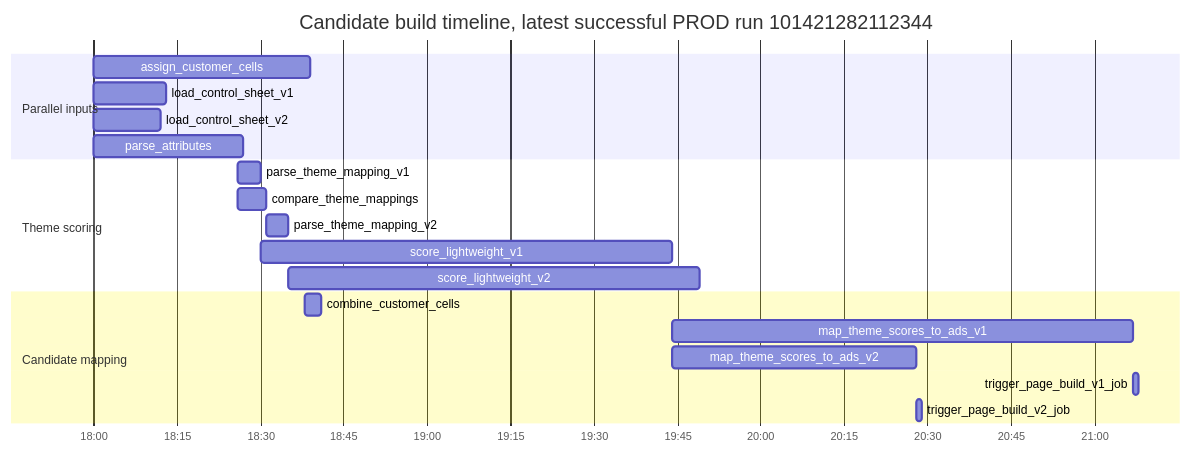
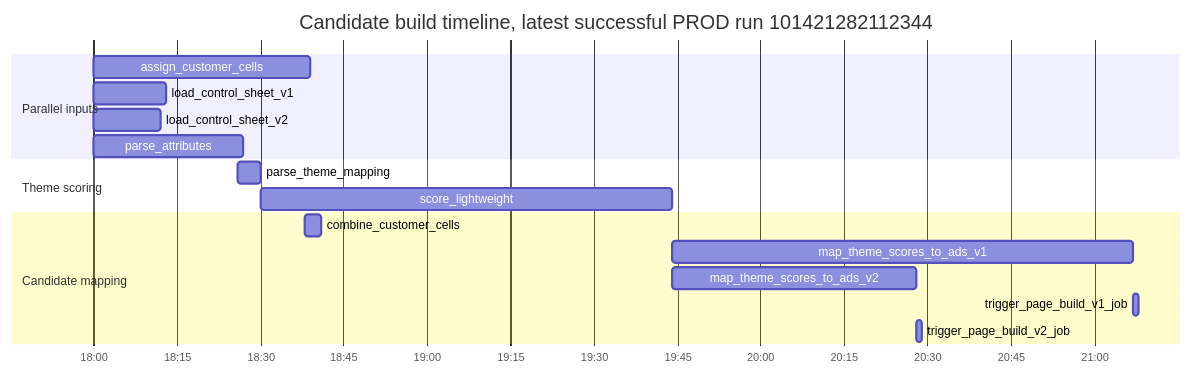
Before and after one commit to swblain-glyndwr/personal_project: the third of 8 diagrams in docs/CICD/nextads_databricks_runtime_map.md, drawn with Mermaid. The commit also changed other lines of this file and 28 other files, not shown here.

Commit message:
Align v2 mapping with shared theme affinity

````diff
--- a/docs/CICD/nextads_databricks_runtime_map.md
+++ b/docs/CICD/nextads_databricks_runtime_map.md
@@ -101,23 +94,20 @@
 ```mermaid
 gantt
   title Candidate build timeline, latest successful PROD run 101421282112344
   dateFormat  YYYY-MM-DD HH:mm
   axisFormat  %H:%M
   section Parallel inputs
   assign_customer_cells      :2026-07-02 18:00, 39m
   load_control_sheet_v1      :2026-07-02 18:00, 13m
   load_control_sheet_v2      :2026-07-02 18:00, 12m
   parse_attributes           :2026-07-02 18:00, 27m
   section Theme scoring
-  parse_theme_mapping_v1     :2026-07-02 18:26, 4m
-  compare_theme_mappings     :2026-07-02 18:26, 5m
-  parse_theme_mapping_v2     :2026-07-02 18:31, 4m
-  score_lightweight_v1       :2026-07-02 18:30, 74m
-  score_lightweight_v2       :2026-07-02 18:35, 74m
+  parse_theme_mapping        :2026-07-02 18:26, 4m
+  score_lightweight          :2026-07-02 18:30, 74m
   section Candidate mapping
   combine_customer_cells     :2026-07-02 18:38, 3m
   map_theme_scores_to_ads_v1 :2026-07-02 19:44, 83m
   map_theme_scores_to_ads_v2 :2026-07-02 19:44, 44m
   trigger_page_build_v1_job  :2026-07-02 21:07, 1m
   trigger_page_build_v2_job  :2026-07-02 20:28, 1m
 ```
````
